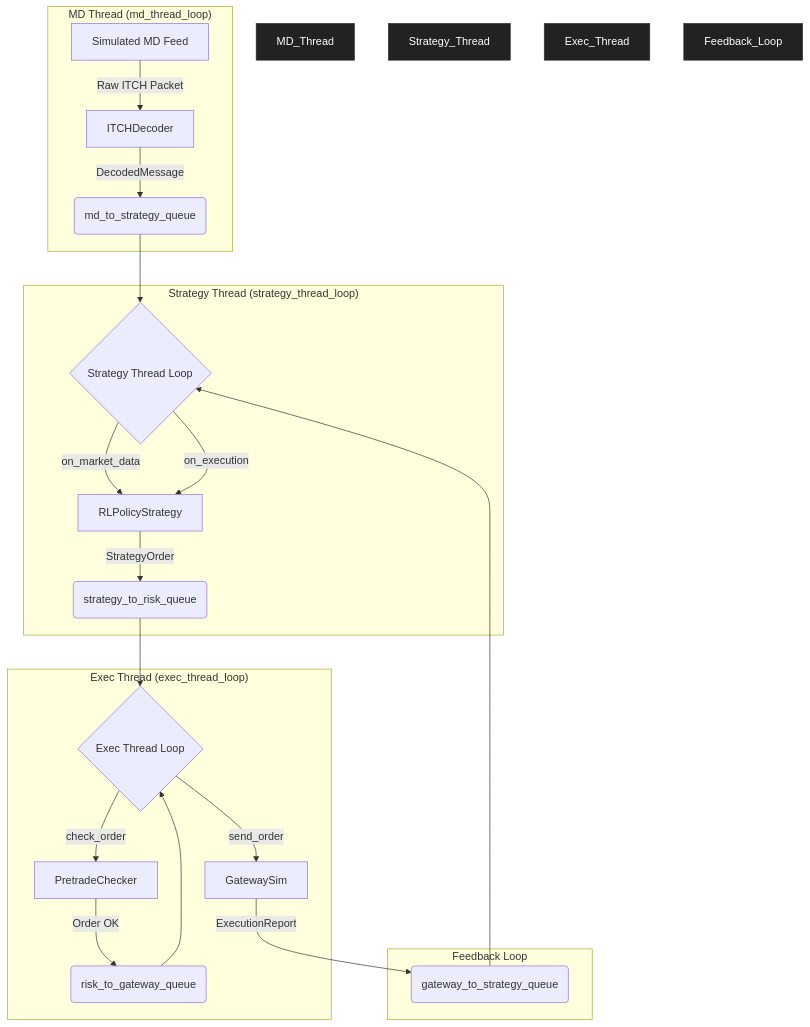
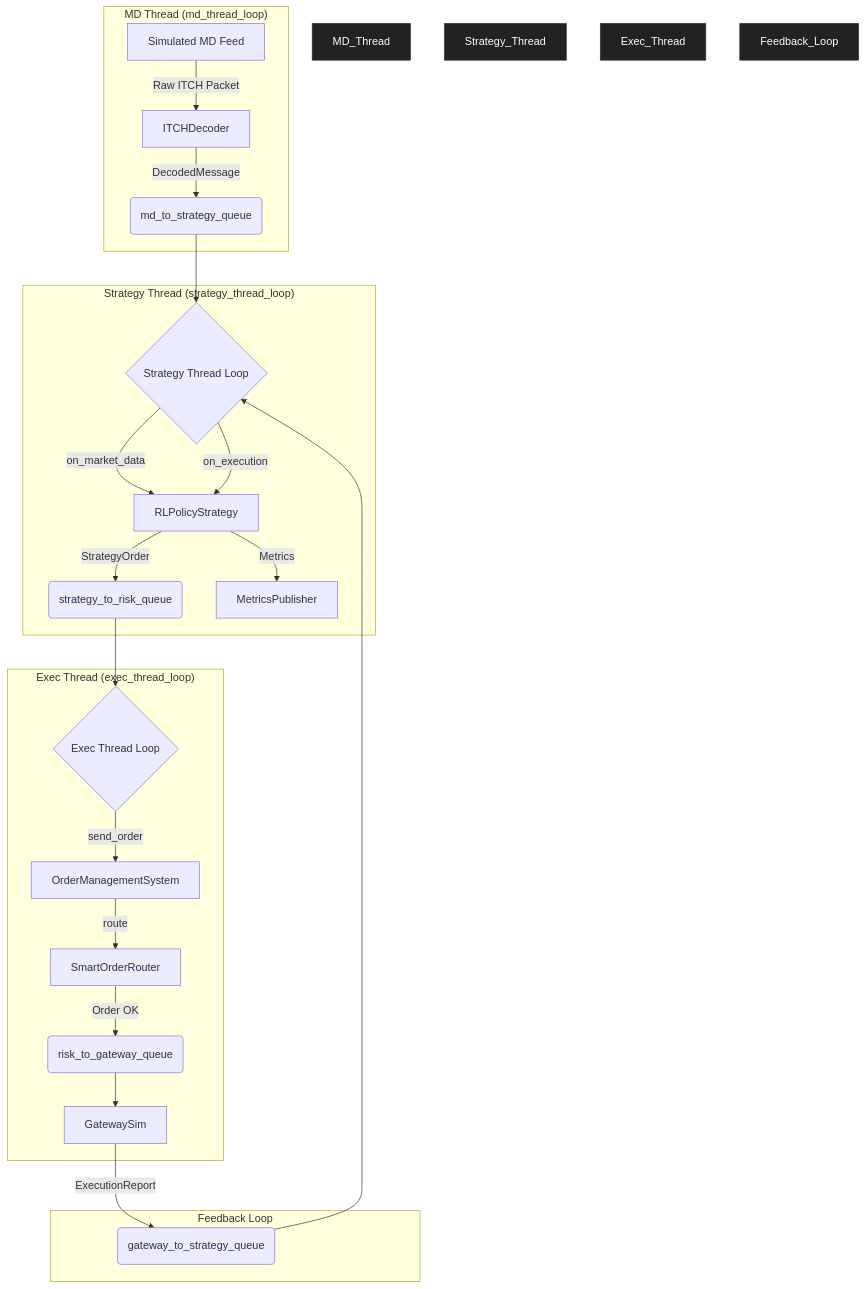
One commit to shreejitverma/trishul-ultra-hft-project changed the diagram in README.md. Above: the diagram before and after it, drawn with Mermaid. The commit also changed other lines of this file and 4 other files, not shown here.

`````diff
--- a/README.md
+++ b/README.md
@@ -44,31 +51,32 @@
 ```mermaid
 graph TD
     subgraph "MD Thread (md_thread_loop)"
         style MD_Thread fill:#222,stroke:#333,color:#fff
         A[Simulated MD Feed] -->|Raw ITCH Packet| B[ITCHDecoder]
         B -->|DecodedMessage| C(md_to_strategy_queue)
     end
 
     subgraph "Strategy Thread (strategy_thread_loop)"
         style Strategy_Thread fill:#222,stroke:#333,color:#fff
         C --> D{Strategy Thread Loop}
         D -->|on_market_data| E[RLPolicyStrategy]
         E -->|StrategyOrder| F(strategy_to_risk_queue)
+        E -->|Metrics| L[MetricsPublisher]
     end
 
     subgraph "Exec Thread (exec_thread_loop)"
         style Exec_Thread fill:#222,stroke:#333,color:#fff
         F --> G{Exec Thread Loop}
-        G -->|check_order| H[PretradeChecker]
-        H -->|Order OK| I(risk_to_gateway_queue)
-        I --> G
-        G -->|send_order| J[GatewaySim]
+        G -->|send_order| M[OrderManagementSystem]
+        M -->|route| N[SmartOrderRouter]
+        N -->|Order OK| I(risk_to_gateway_queue)
+        I --> J[GatewaySim]
     end
 
     subgraph "Feedback Loop"
         style Feedback_Loop fill:#222,stroke:#333,color:#fff
         J -->|ExecutionReport| K(gateway_to_strategy_queue)
         K --> D
         D -->|on_execution| E
     end
-````
+```
`````
